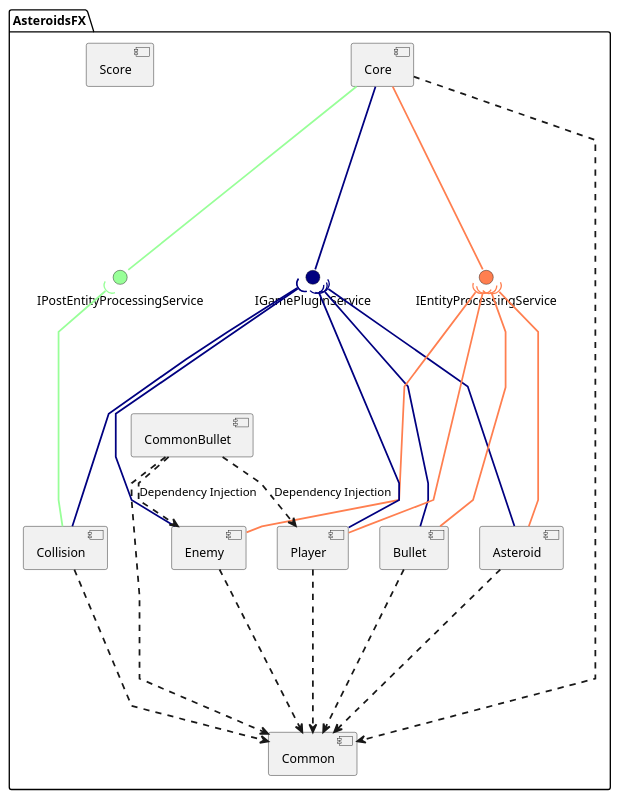
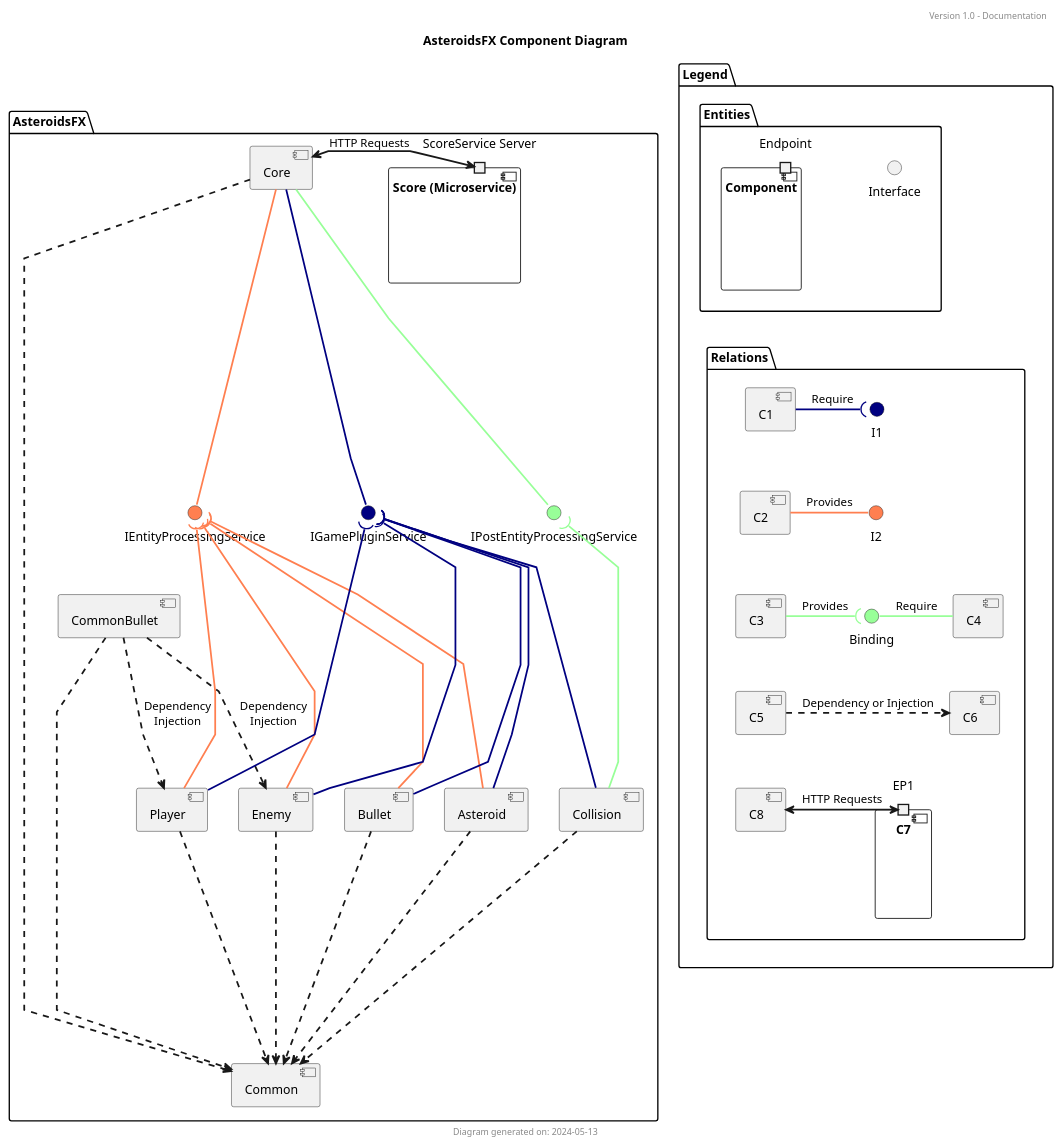
One commit to XBetaHunterX/AsteroidsFX changed the diagram in Diagrams/Component Diagrams/AsteroidsFX Component Diagram.puml. Above: the diagram before and after it, drawn with PlantUML.

Commit message:
Finished Component Diagram

```diff
--- a/Diagrams/Component Diagrams/AsteroidsFX Component Diagram.puml
+++ b/Diagrams/Component Diagrams/AsteroidsFX Component Diagram.puml
@@ -1,66 +1,113 @@
 @startuml
+title AsteroidsFX Component Diagram
+header Version 1.0 - Documentation
+footer Diagram generated on: 2024-05-13
+
 skinparam linetype polyline
 skinparam arrowthickness 2
 
 package "AsteroidsFX" {
     ' Modules:
     [Core]
 
     [Asteroid]
     [Bullet]
     [Collision]
     [Enemy]
     [Player]
 
-    [Score]
+    component "Score (Microservice)" {
+      portin "ScoreService Server"
+    }
 
     [CommonBullet]
     [Common]
 
     ' Interfaces:
     interface IGamePluginService #000080
     interface IEntityProcessingService #FF7F50
     interface IPostEntityProcessingService #98FF98
 
     ' Relations:
     [Core] --down-- IGamePluginService #000080
     [Core] --down-- IEntityProcessingService #FF7F50
     [Core] --down-- IPostEntityProcessingService #98FF98
     [Core] ..down..> [Common]
 
     ' Asteroid:
     [Asteroid] --up--( IGamePluginService #000080
     [Asteroid] --up--( IEntityProcessingService #FF7F50
     [Asteroid] ..down..> [Common]
 
     ' Bullet:
     [Bullet] --up--( IGamePluginService #000080
     [Bullet] --up--( IEntityProcessingService #FF7F50
     [Bullet] ..down..> [Common]
 
     ' Enemy:
     [Enemy] --up--( IGamePluginService #000080
     [Enemy] --up--( IEntityProcessingService #FF7F50
     [Enemy] ..down..> [Common]
-    [CommonBullet] ..> [Enemy] : Dependency Injection
+    [CommonBullet] ...> [Enemy] : "Dependency\nInjection"
 
     ' Player:
     [Player] --up--( IGamePluginService #000080
     [Player] --up--( IEntityProcessingService #FF7F50
     [Player] ..down..> [Common]
-    [CommonBullet] ..> [Player] : Dependency Injection
+    [CommonBullet] ...> [Player] : "Dependency\nInjection"
 
     ' Collision:
     [Collision] --up--( IGamePluginService #000080
     [Collision] --up--( IPostEntityProcessingService #98FF98
     [Collision] ..down..> [Common]
 
     ' CommonBullet
     [CommonBullet] ..down..> [Common]
 
     ' Score:
-
+    "ScoreService Server" <-left-> [Core] : HTTP Requests
 }
 
+package Legend {
+    package Entities {
+        component "Component" {
+            portin Endpoint
+        }
+        () Interface
+    }
 
+    package Relations {
+        [C1]
+        () I1 #000080
+        [C1] -right-( I1 #000080 : Require
+        [C1] -[hidden]down- [C2]
+
+        [C2]
+        () I2 #FF7F50
+        [C2] -right- I2 #FF7F50 : Provides
+        [C2] -[hidden]down- [C3]
+
+        [C3]
+        () Binding #98FF98
+        [C4]
+        [C3] -right( Binding #98FF98 : Provides
+        Binding -right- [C4]  #98FF98 : Require
+        [C3] -[hidden]down- [C5]
+
+        [C5]
+        [C6]
+        [C5] .right.> [C6] : Dependency or Injection
+        [C5] -[hidden]down- [C8]
+
+        component "C7" {
+            portin EP1
+        }
+        [C8]
+        EP1 <--[hidden]left--> [C8]
+        EP1 <--left--> [C8] : HTTP Requests
+    }
+
+    Interface -[hidden]down-> Relations
+    "Component" -[hidden]down-> Relations
+}
 @enduml
```
